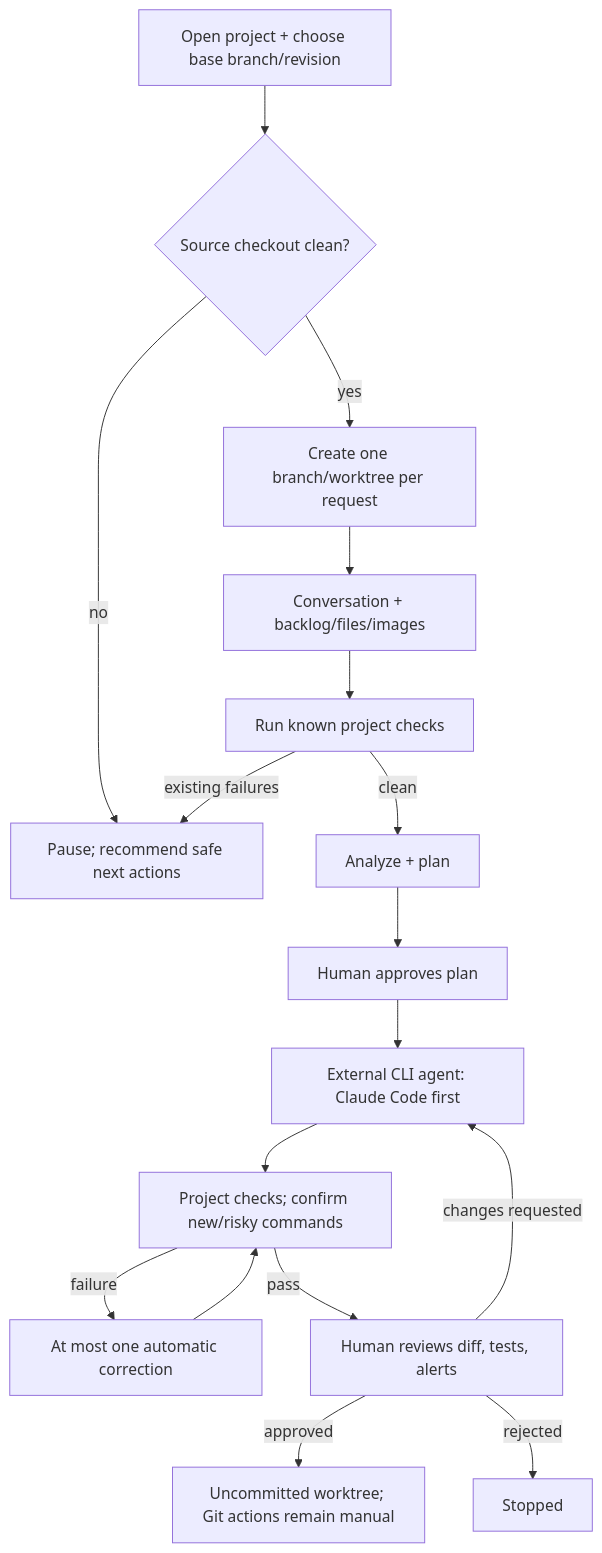
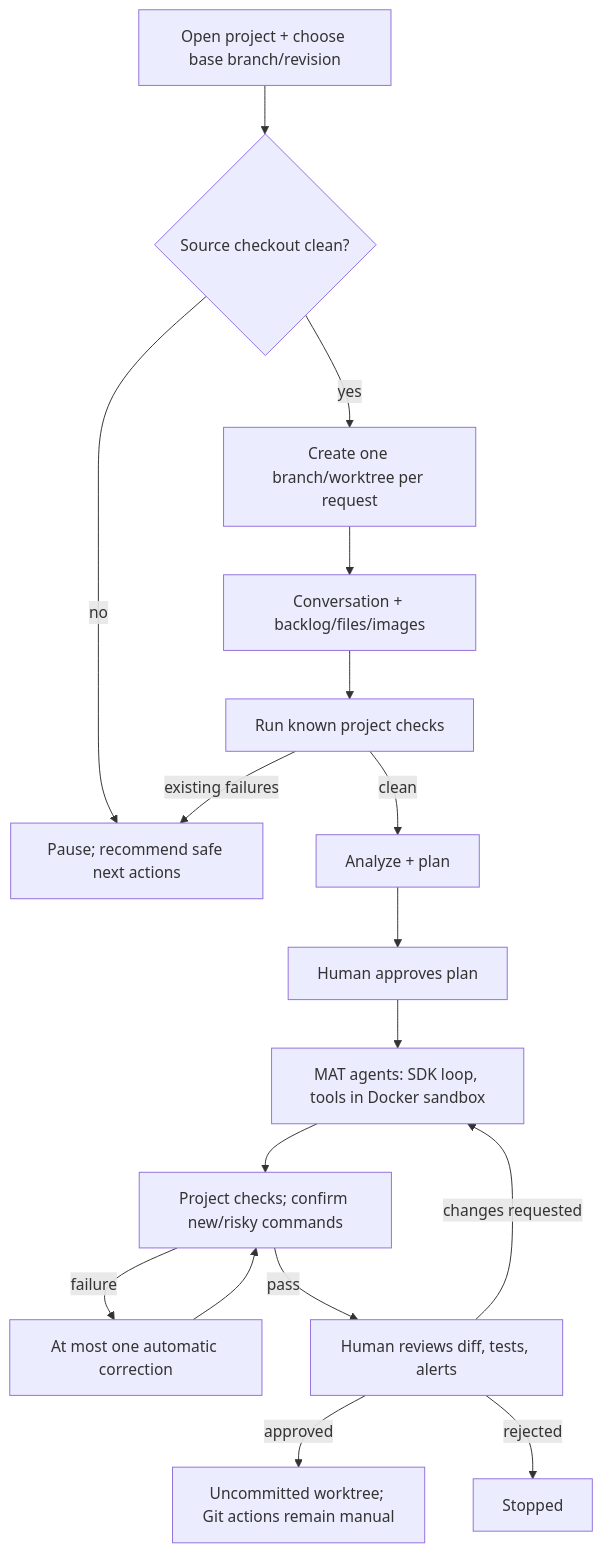
The diagram in docs/architecture.md (CarloshenriqueSousa/MAT), drawn with Mermaid before and after one commit. The commit also changed other lines of this file and 57 other files, not shown here.

````diff
--- a/docs/architecture.md
+++ b/docs/architecture.md
@@ -15,19 +15,19 @@
 ```mermaid
 flowchart TD
     PROJECT[Open project + choose base branch/revision] --> CLEAN{Source checkout clean?}
     CLEAN -->|no| PAUSE[Pause; recommend safe next actions]
     CLEAN -->|yes| WORKTREE[Create one branch/worktree per request]
     WORKTREE --> CONTEXT[Conversation + backlog/files/images]
     CONTEXT --> BASELINE[Run known project checks]
     BASELINE -->|existing failures| PAUSE
     BASELINE -->|clean| ANALYST[Analyze + plan]
     ANALYST --> PLAN_REVIEW[Human approves plan]
-    PLAN_REVIEW --> AGENT[External CLI agent: Claude Code first]
+    PLAN_REVIEW --> AGENT[MAT agents: SDK loop, tools in Docker sandbox]
     AGENT --> CHECKS[Project checks; confirm new/risky commands]
     CHECKS -->|failure| FIX[At most one automatic correction]
     FIX --> CHECKS
     CHECKS -->|pass| FINAL[Human reviews diff, tests, alerts]
     FINAL -->|changes requested| AGENT
     FINAL -->|approved| READY[Uncommitted worktree; Git actions remain manual]
     FINAL -->|rejected| STOP[Stopped]
 ```
````
